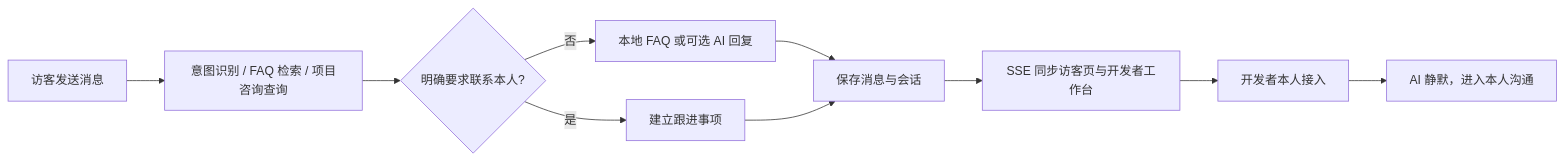
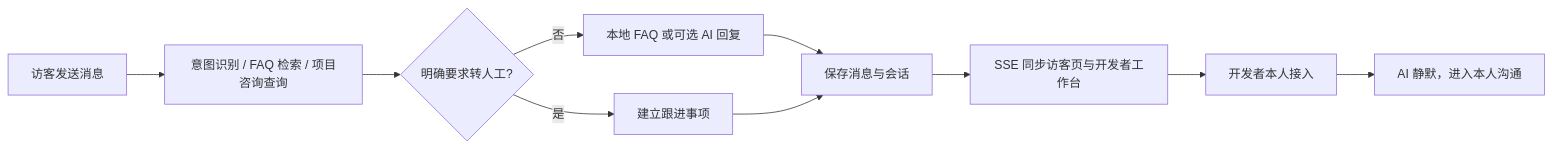
The diagram in README.md (suijiafeng/ai-customer-support), drawn with Mermaid before and after one commit. The commit also changed other lines of this file and 6 other files, not shown here.

````diff
--- a/README.md
+++ b/README.md
@@ -179,12 +179,12 @@
 ```mermaid
 flowchart LR
   A["访客发送消息"] --> B["意图识别 / FAQ 检索 / 项目咨询查询"]
-  B --> C{"明确要求联系本人?"}
+  B --> C{"明确要求转人工?"}
   C -- 否 --> D["本地 FAQ 或可选 AI 回复"]
   C -- 是 --> E["建立跟进事项"]
   D --> F["保存消息与会话"]
   E --> F
   F --> G["SSE 同步访客页与开发者工作台"]
   G --> H["开发者本人接入"]
   H --> I["AI 静默，进入本人沟通"]
 ```
````
